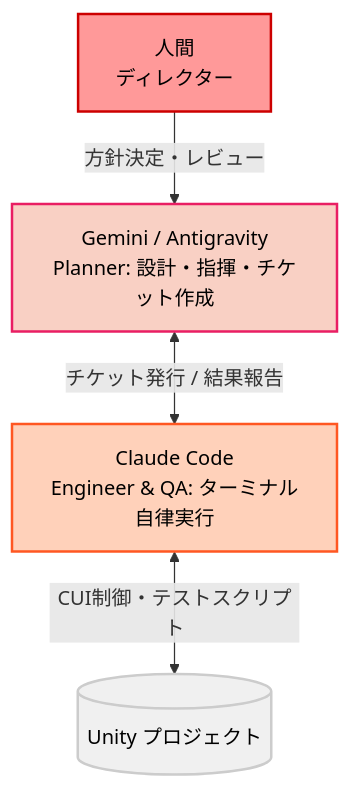
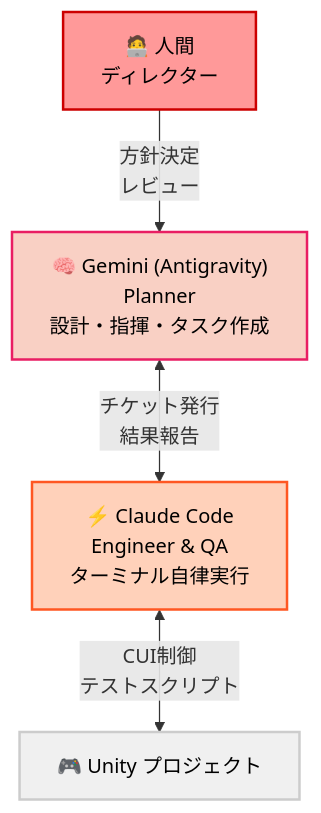
Before and after one commit to HarukiMitsui/Clio: the first of 3 diagrams in articles/wisdom-post-mortem.md, drawn with Mermaid. The commit also changed other lines of this file and 6 other files, not shown here.

````diff
--- a/articles/wisdom-post-mortem.md
+++ b/articles/wisdom-post-mortem.md
@@ -16,11 +19,11 @@
 ```mermaid
 graph TD
     classDef human fill:#ff9999,stroke:#cc0000,stroke-width:2px,color:#000
     classDef gemini fill:#f9d0c4,stroke:#e91e63,stroke-width:2px,color:#000
     classDef claude fill:#ffd1ba,stroke:#ff5722,stroke-width:2px,color:#000
     classDef env fill:#f0f0f0,stroke:#cccccc,stroke-width:2px,color:#000
 
-    H[人間<br/>ディレクター]:::human -->|方針決定・レビュー| G[Gemini / Antigravity<br/>Planner: 設計・指揮・チケット作成]:::gemini
-    G <-->|チケット発行 / 結果報告| C[Claude Code<br/>Engineer & QA: ターミナル自律実行]:::claude
-    C <-->|CUI制御・テストスクリプト| U[(Unity プロジェクト)]:::env
+    H["🧑‍💻 人間<br/>ディレクター"]:::human -->|方針決定<br/>レビュー| G["🧠 Gemini (Antigravity)<br/>Planner<br/>設計・指揮・タスク作成"]:::gemini
+    G <-->|チケット発行<br/>結果報告| C["⚡ Claude Code<br/>Engineer & QA<br/>ターミナル自律実行"]:::claude
+    C <-->|CUI制御<br/>テストスクリプト| U["🎮 Unity プロジェクト"]:::env
 ```
````
